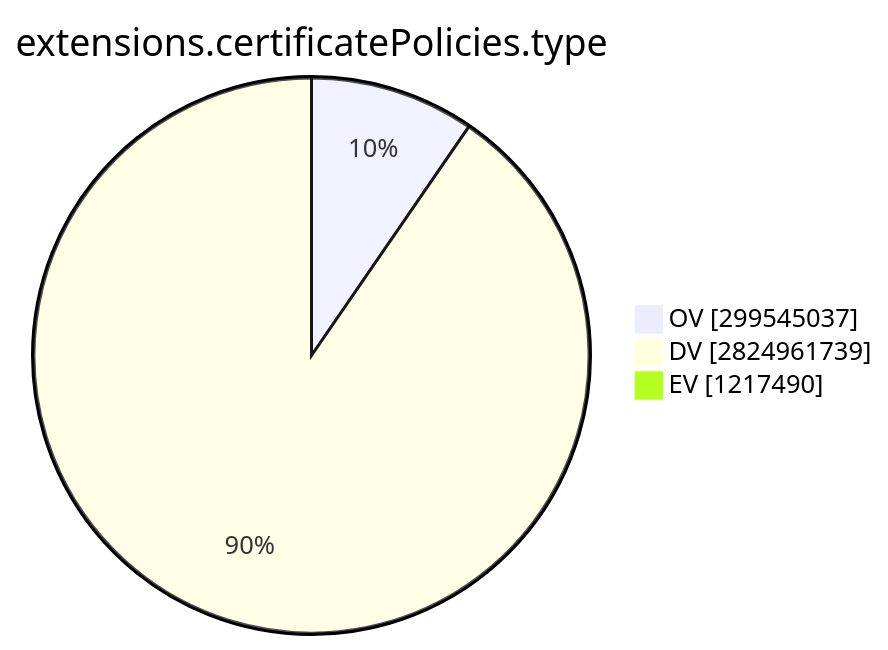
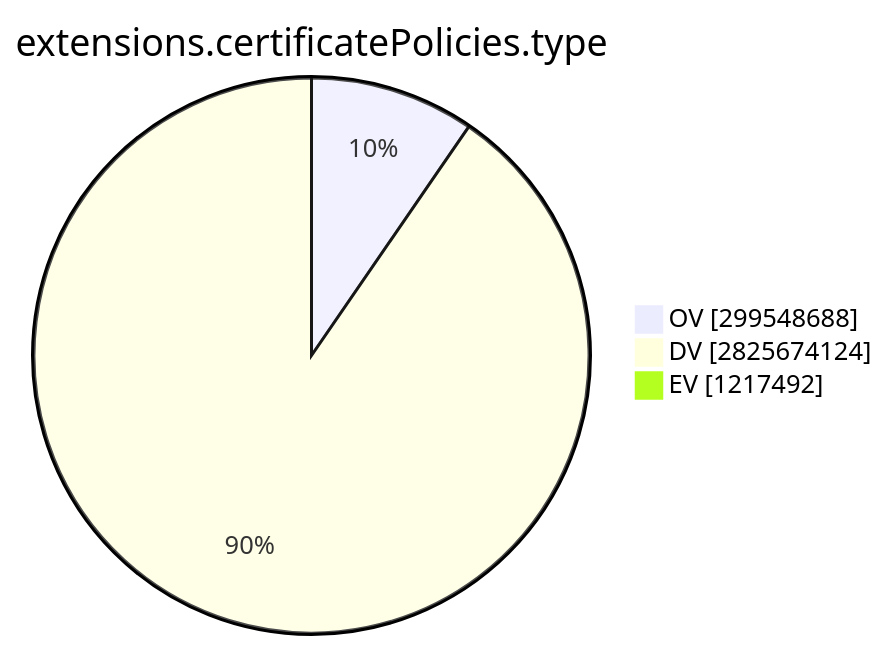
The ninth of 15 diagrams in TOTAL/README.md (christiankrug/ctmonitor_visualization), drawn with Mermaid before and after one commit. The commit also changed other lines of this file, not shown here.

````diff
--- a/TOTAL/README.md
+++ b/TOTAL/README.md
@@ -3101,7 +3101,7 @@
 ```mermaid
 pie showData
 title extensions.certificatePolicies.type
-"OV" :299545037
-"DV" :2824961739
-"EV" :1217490
+"OV" :299548688
+"DV" :2825674124
+"EV" :1217492
 ```
````
